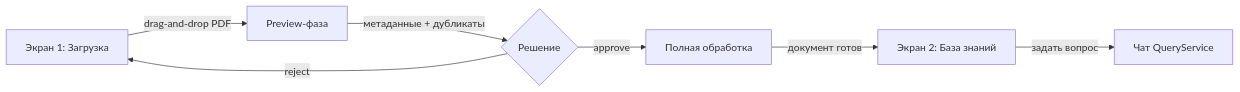
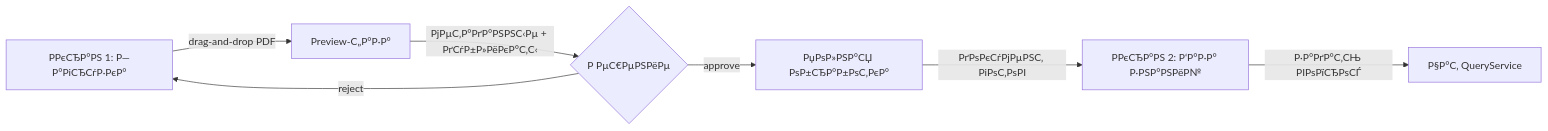
One commit to MasterKSAF/PKB changed the second of 2 diagrams in docs/README.md. Above: the diagram before and after it, drawn with Mermaid. The commit also changed other lines of this file and 7 other files, not shown here.

````diff
--- a/docs/README.md
+++ b/docs/README.md
@@ -136,9 +137,9 @@
 ```mermaid
 flowchart LR
-    Upload[Экран 1: Загрузка] -->|drag-and-drop PDF| Preview[Preview-фаза]
-    Preview -->|метаданные + дубликаты| Decision{Решение}
-    Decision -->|approve| Processing[Полная обработка]
+    Upload[Р­РєСЂР°РЅ 1: Р—Р°РіСЂСѓР·РєР°] -->|drag-and-drop PDF| Preview[Preview-С„Р°Р·Р°]
+    Preview -->|РјРµС‚Р°РґР°РЅРЅС‹Рµ + РґСѓР±Р»РёРєР°С‚С‹| Decision{Р РµС€РµРЅРёРµ}
+    Decision -->|approve| Processing[РџРѕР»РЅР°СЏ РѕР±СЂР°Р±РѕС‚РєР°]
     Decision -->|reject| Upload
-    Processing -->|документ готов| KB[Экран 2: База знаний]
-    KB -->|задать вопрос| Chat[Чат QueryService]
+    Processing -->|РґРѕРєСѓРјРµРЅС‚ РіРѕС‚РѕРІ| KB[Р­РєСЂР°РЅ 2: Р‘Р°Р·Р° Р·РЅР°РЅРёР№]
+    KB -->|Р·Р°РґР°С‚СЊ РІРѕРїСЂРѕСЃ| Chat[Р§Р°С‚ QueryService]
 ```
````
